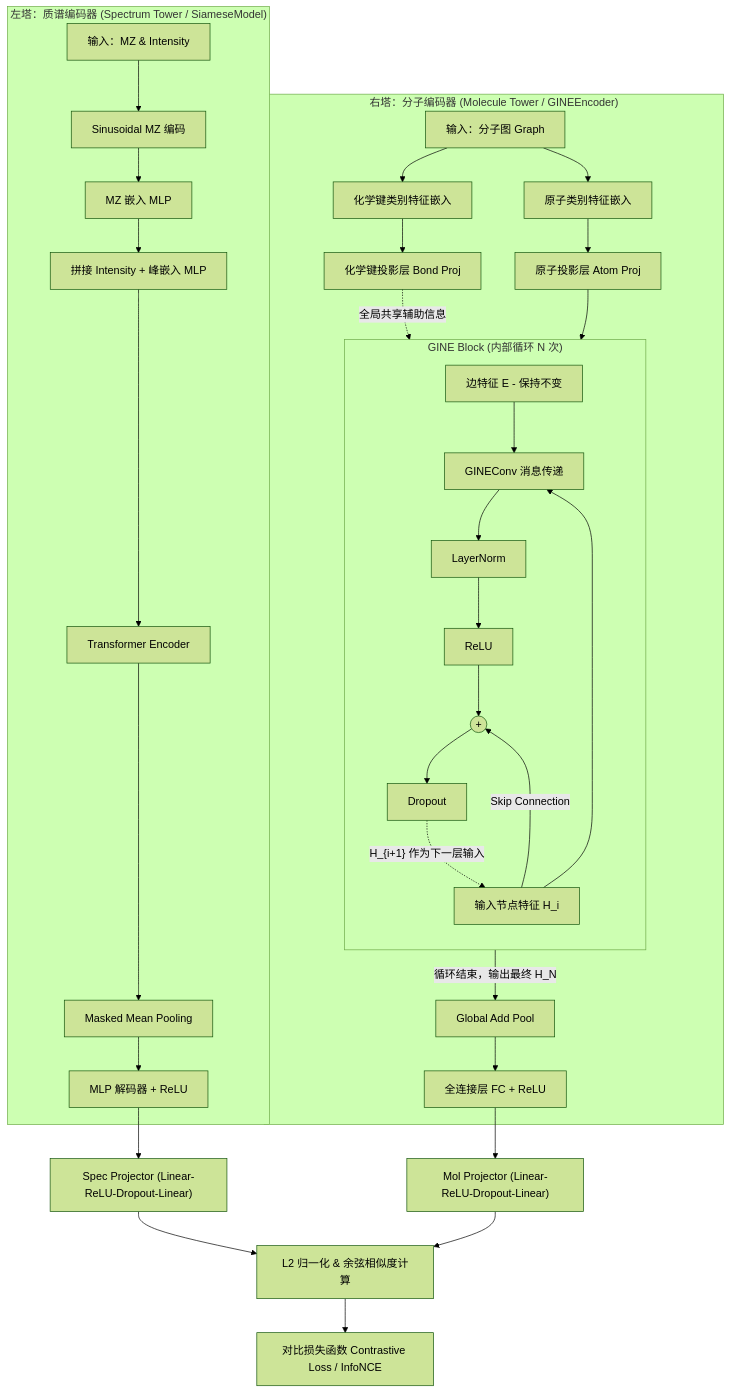
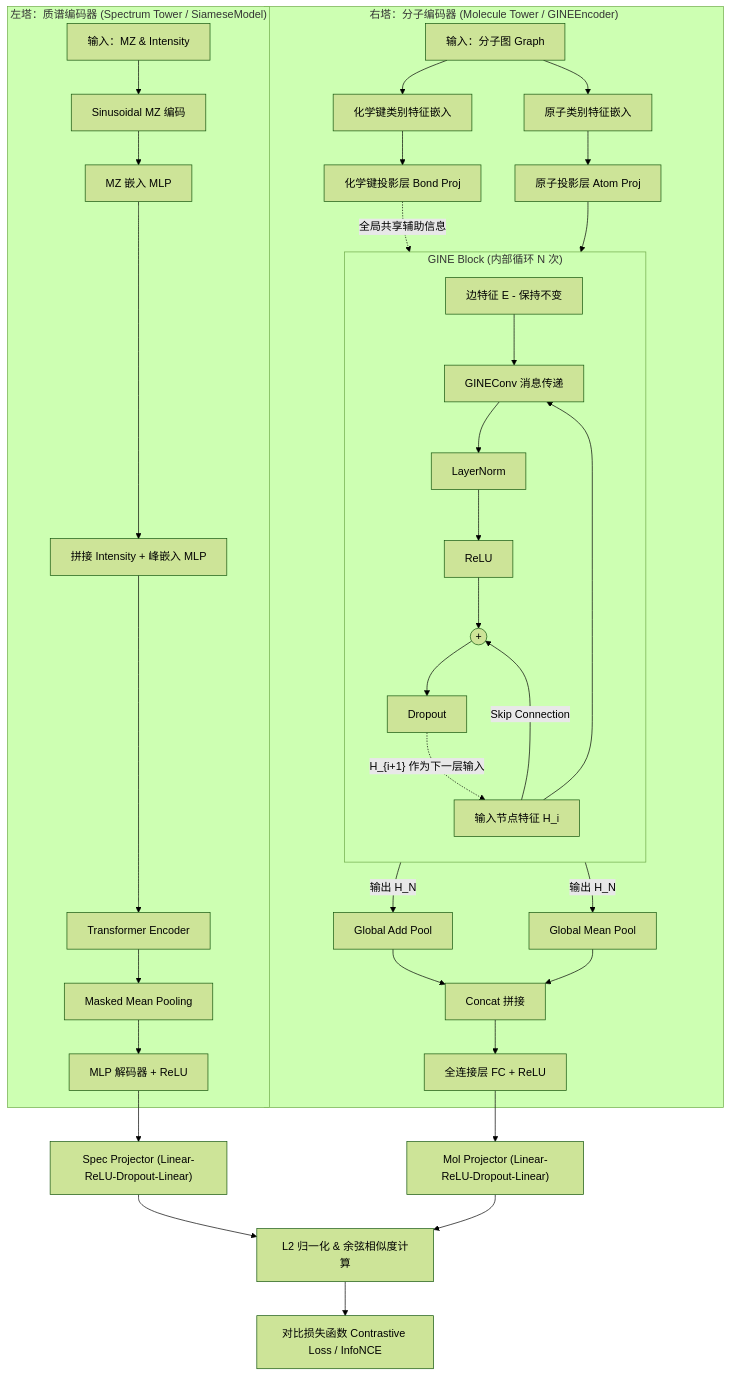
One commit to zzyyyl/SpecEmbedding changed the diagram in model_architecture.md. Above: the diagram before and after it, drawn with Mermaid (forest theme). The commit also changed other lines of this file and 1 other file, not shown here.

Commit message:
feat: 全局加和池化更改为加和池化和平均池化的拼接

````diff
--- a/model_architecture.md
+++ b/model_architecture.md
@@ -7,44 +7,47 @@
 ```mermaid
 graph TD
     subgraph "左塔：质谱编码器 (Spectrum Tower / SiameseModel)"
         S1[输入：MZ & Intensity] --> S2[Sinusoidal MZ 编码]
         S2 --> S3[MZ 嵌入 MLP]
         S3 --> S4[拼接 Intensity + 峰嵌入 MLP]
         S4 --> S5[Transformer Encoder]
         S5 --> S6[Masked Mean Pooling]
         S6 --> S7[MLP 解码器 + ReLU]
     end
 
     subgraph "右塔：分子编码器 (Molecule Tower / GINEEncoder)"
         M1[输入：分子图 Graph] --> M2a[原子类别特征嵌入]
         M1 --> M2b[化学键类别特征嵌入]
         M2a --> M3a[原子投影层 Atom Proj]
         M2b --> M3b[化学键投影层 Bond Proj]
         
         M3b -.-> |全局共享辅助信息| G_Edge
 
         subgraph "GINE Block (内部循环 N 次)"
             direction TB
             G_In[输入节点特征 H_i] --> G1[GINEConv 消息传递]
             G_Edge[边特征 E - 保持不变] --> G1
             G_In --> |Skip Connection| G4((+))
             G1 --> G2[LayerNorm]
             G2 --> G3[ReLU]
             G3 --> G4
             G4 --> G5[Dropout]
             G5 -.-> |"H_{i+1} 作为下一层输入"| G_In
         end
         
         M3a --> G_In
-        G5 --> |循环结束，输出最终 H_N| M6[Global Add Pool]
-        M6 --> M7[全连接层 FC + ReLU]
+        G5 --> |输出 H_N| M6a[Global Add Pool]
+        G5 --> |输出 H_N| M6b[Global Mean Pool]
+        M6a --> M6c[Concat 拼接]
+        M6b --> M6c
+        M6c --> M7[全连接层 FC + ReLU]
     end
 
     S7 --> P1["Spec Projector (Linear-ReLU-Dropout-Linear)"]
     M7 --> P2["Mol Projector (Linear-ReLU-Dropout-Linear)"]
 
     P1 --> D[L2 归一化 & 余弦相似度计算]
     P2 --> D
-    
+
     D --> L[对比损失函数 Contrastive Loss / InfoNCE]
 ```
````
